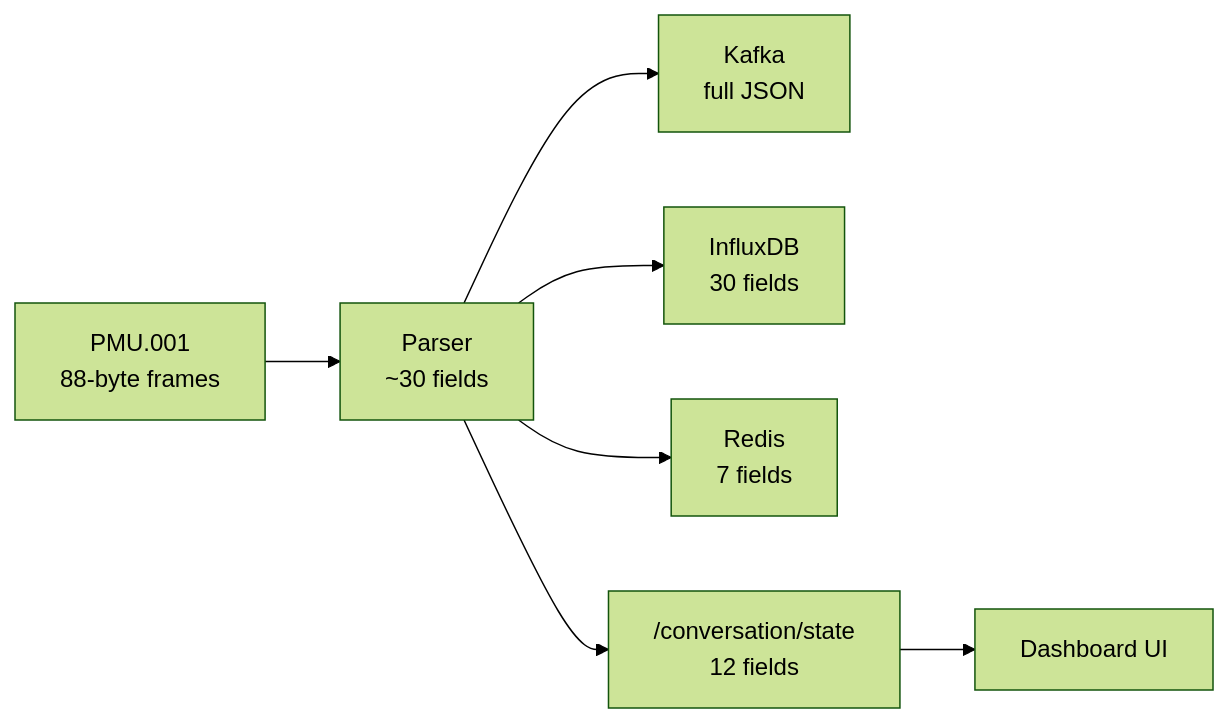
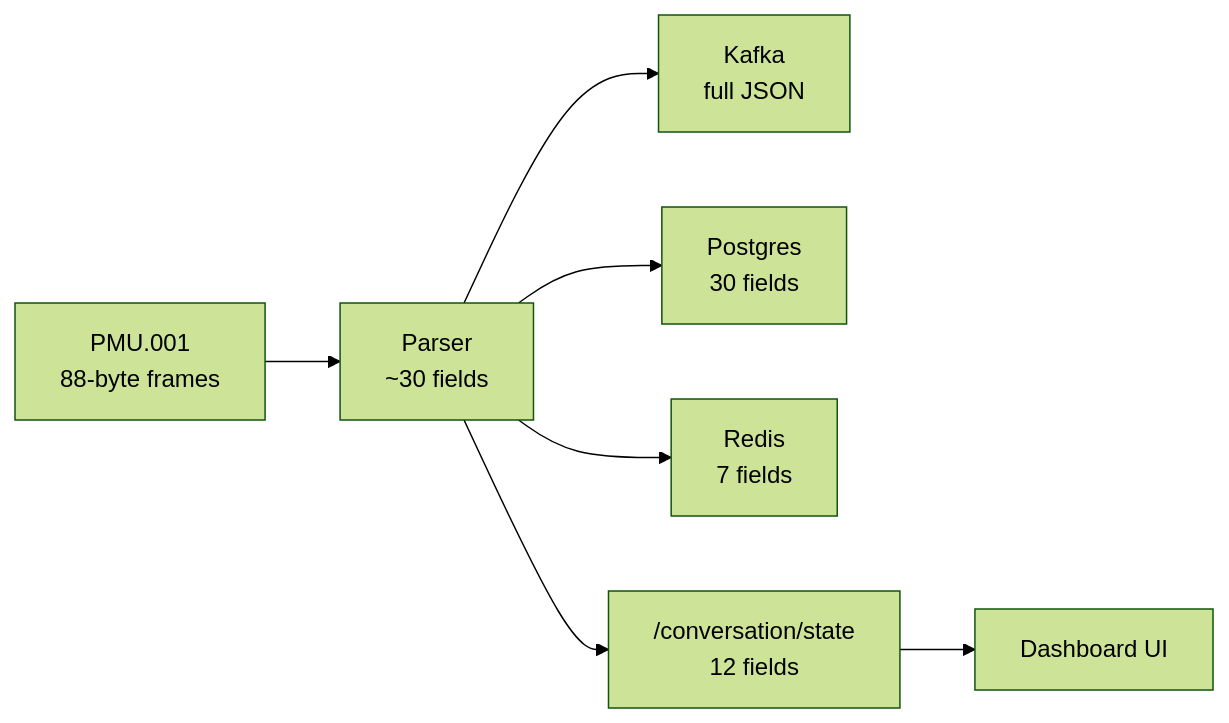
One commit to Kashish-Shukla18/new_pdc changed the diagram in data/TO_DO.MD. Above: the diagram before and after it, drawn with Mermaid (forest theme). The commit also changed other lines of this file and 40 other files, not shown here.

First line of the commit message:
Replace InfluxDB with Postgres/Timescale and fix FPS target display.

````diff
--- a/data/TO_DO.MD
+++ b/data/TO_DO.MD
@@ -52,9 +52,9 @@
 ```mermaid
 flowchart LR
     PMU["PMU.001\n88-byte frames"] --> Parser["Parser\n~30 fields"]
     Parser --> Kafka["Kafka\nfull JSON"]
-    Parser --> Influx["InfluxDB\n30 fields"]
+    Parser --> Postgres["Postgres\n30 fields"]
     Parser --> Redis["Redis\n7 fields"]
     Parser --> Conv["/conversation/state\n12 fields"]
     Conv --> UI["Dashboard UI"]
 ```
````
